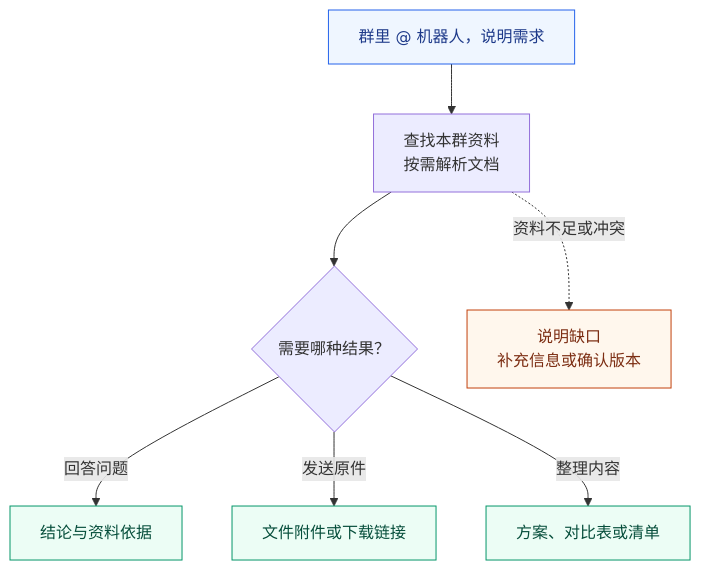
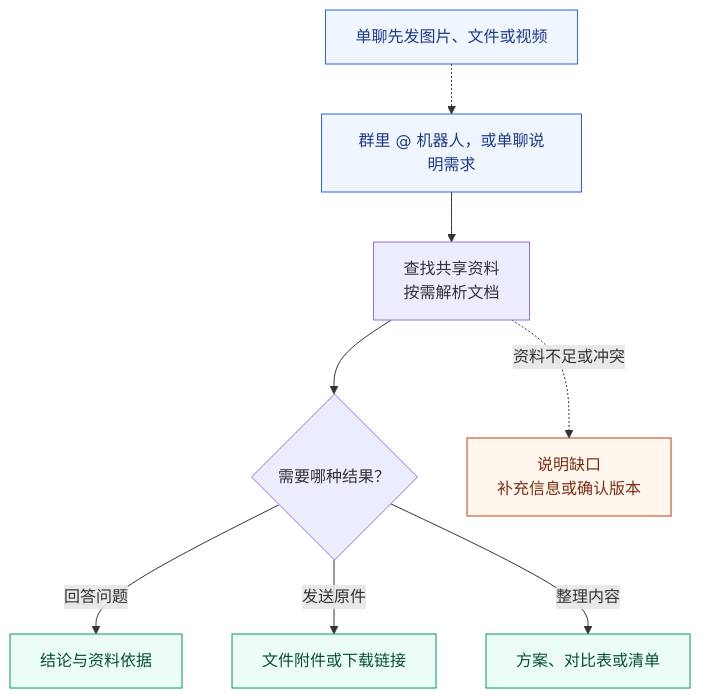
The diagram in README.md (jaykwok/mixin-chatbot), drawn with Mermaid before and after one commit. The commit also changed other lines of this file and 375 other files, not shown here.

````diff
--- a/README.md
+++ b/README.md
@@ -26,16 +27,17 @@
 ```mermaid
 flowchart TD
-  U["群里 @ 机器人，说明需求"] --> S["查找本群资料<br/>按需解析文档"]
+  U["群里 @ 机器人，或单聊说明需求"] --> S["查找共享资料<br/>按需解析文档"]
+  P["单聊先发图片、文件或视频"] -.-> U
   S --> D{"需要哪种结果？"}
   D -->|回答问题| A["结论与资料依据"]
   D -->|发送原件| F["文件附件或下载链接"]
   D -->|整理内容| G["方案、对比表或清单"]
   S -.->|资料不足或冲突| C["说明缺口<br/>补充信息或确认版本"]
 
   classDef input fill:#eff6ff,stroke:#2563eb,color:#1e3a8a
   classDef result fill:#ecfdf5,stroke:#059669,color:#064e3b
   classDef notice fill:#fff7ed,stroke:#c2410c,color:#7c2d12
-  class U input
+  class U,P input
   class A,F,G result
   class C notice
 ```
````
